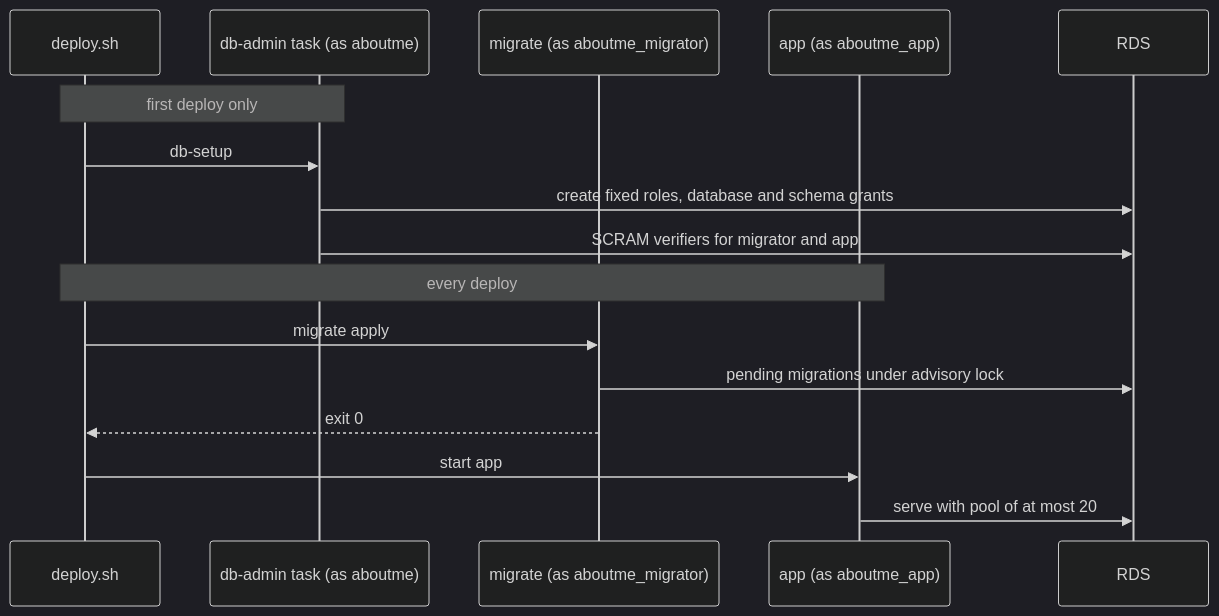
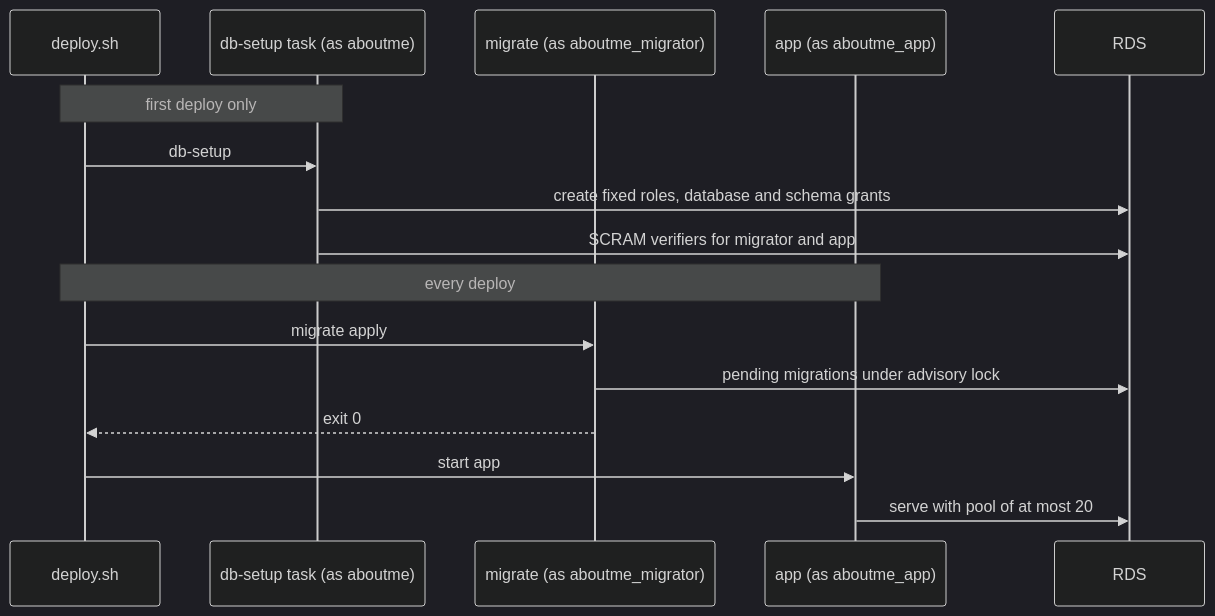
Before and after one commit to dannyota/aboutme: the second of 2 diagrams in docs/design/single-host-production.md, drawn with Mermaid (dark theme). The commit also changed other lines of this file and 53 other files, not shown here.

````diff
--- a/docs/design/single-host-production.md
+++ b/docs/design/single-host-production.md
@@ -141,18 +142,18 @@
 ```mermaid
 sequenceDiagram
   participant D as deploy.sh
-  participant A as db-admin task (as aboutme)
+  participant A as db-setup task (as aboutme)
   participant M as migrate (as aboutme_migrator)
   participant S as app (as aboutme_app)
   participant P as RDS
   Note over D,A: first deploy only
   D->>A: db-setup
   A->>P: create fixed roles, database and schema grants
   A->>P: SCRAM verifiers for migrator and app
   Note over D,S: every deploy
   D->>M: migrate apply
   M->>P: pending migrations under advisory lock
   M-->>D: exit 0
   D->>S: start app
   S->>P: serve with pool of at most 20
 ```
````
